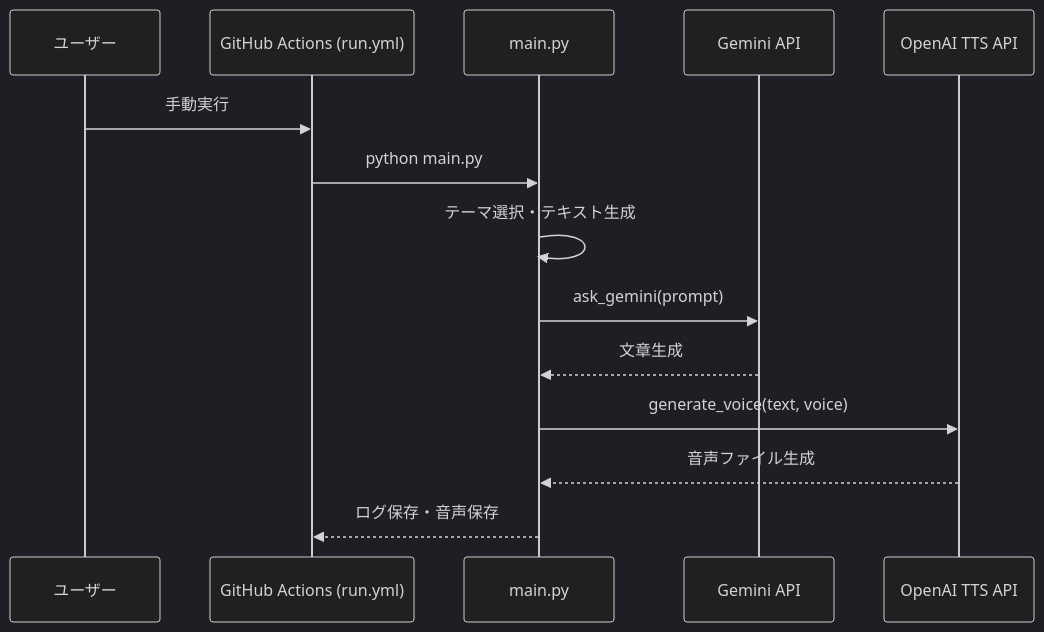
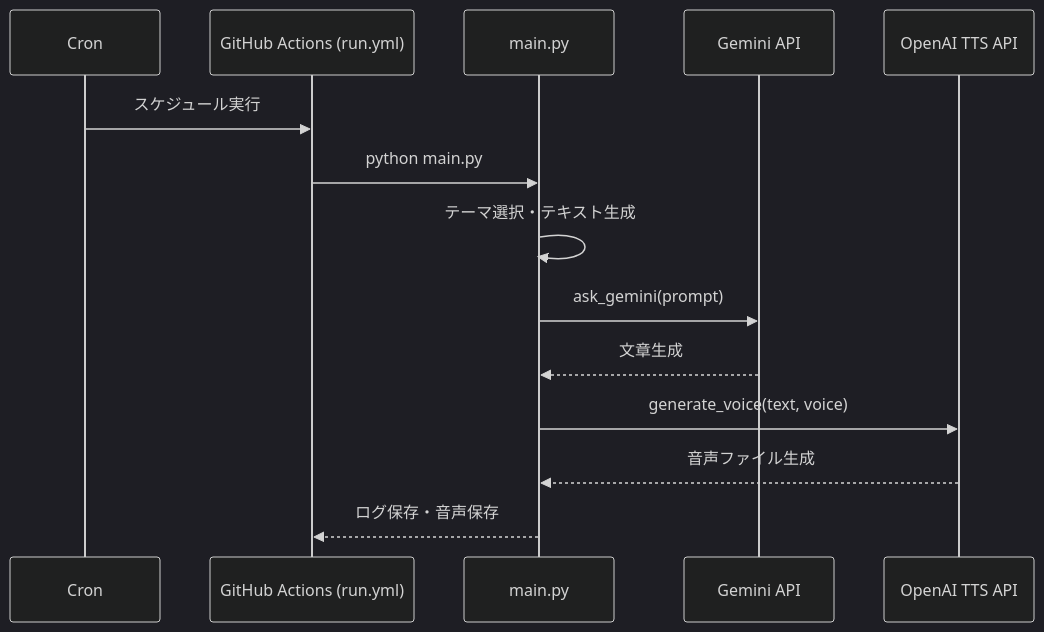
One commit to hgssnk/say-something changed the first of 2 diagrams in README.md. Above: the diagram before and after it, drawn with Mermaid (dark theme). The commit also changed other lines of this file, not shown here.

Commit message:
github pages

````diff
--- a/README.md
+++ b/README.md
@@ -5,17 +5,17 @@
 ```mermaid
 sequenceDiagram
-    participant User as ユーザー
+    participant User as Cron
     participant Actions as GitHub Actions (run.yml)
     participant Main as main.py
     participant Gemini as Gemini API
     participant OpenAI as OpenAI TTS API
 
-    User->>Actions: 手動実行
+    User->>Actions: スケジュール実行
     Actions->>Main: python main.py
     Main->>Main: テーマ選択・テキスト生成
     Main->>Gemini: ask_gemini(prompt)
     Gemini-->>Main: 文章生成
     Main->>OpenAI: generate_voice(text, voice)
     OpenAI-->>Main: 音声ファイル生成
     Main-->>Actions: ログ保存・音声保存
 ```
````
